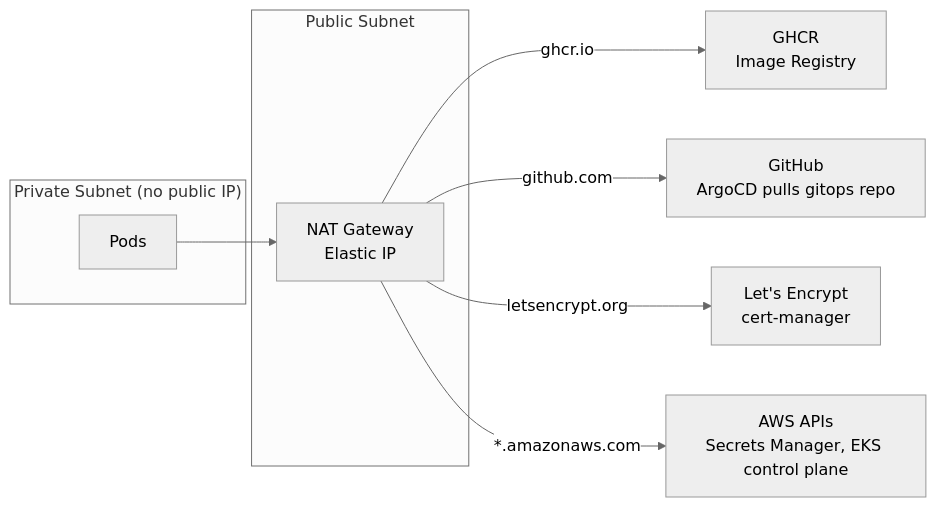
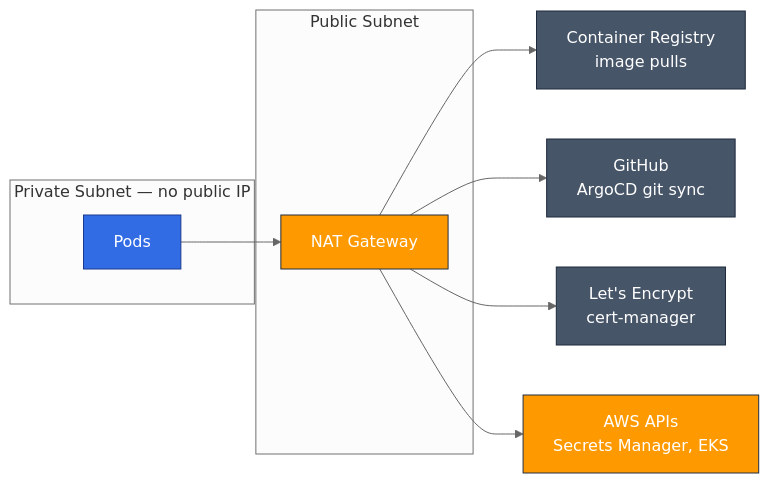
One commit to Nidhi-S12/cloudmart-gitops changed the third of 6 diagrams in README.md. Above: the diagram before and after it, drawn with Mermaid (neutral theme). The commit also changed other lines of this file, not shown here.

Commit message:
docs: colored Mermaid diagrams, remove instance types/IPs/ports/domain from diagrams

````diff
--- a/README.md
+++ b/README.md
@@ -108,15 +114,24 @@
 ```mermaid
 flowchart LR
-    subgraph Private["Private Subnet (no public IP)"]
-        Pods["Pods"]
+    classDef aws fill:#FF9900,stroke:#232F3E,color:#fff
+    classDef k8s fill:#326CE5,stroke:#1a3a8f,color:#fff
+    classDef ext fill:#475569,stroke:#1e293b,color:#fff
+
+    subgraph Private["Private Subnet — no public IP"]
+        Pods["Pods"]:::k8s
     end
     subgraph Public["Public Subnet"]
-        NAT["NAT Gateway\nElastic IP"]
+        NAT["NAT Gateway"]:::aws
     end
 
+    GHCR["Container Registry\nimage pulls"]:::ext
+    GitHub["GitHub\nArgoCD git sync"]:::ext
+    LE["Let's Encrypt\ncert-manager"]:::ext
+    AWSAPI["AWS APIs\nSecrets Manager, EKS"]:::aws
+
     Pods --> NAT
-    NAT -->|ghcr.io| GHCR["GHCR\nImage Registry"]
-    NAT -->|github.com| GitHub["GitHub\nArgoCD pulls gitops repo"]
-    NAT -->|letsencrypt.org| LE["Let's Encrypt\ncert-manager"]
-    NAT -->|"*.amazonaws.com"| AWS["AWS APIs\nSecrets Manager, EKS control plane"]
+    NAT --> GHCR
+    NAT --> GitHub
+    NAT --> LE
+    NAT --> AWSAPI
 ```
````
